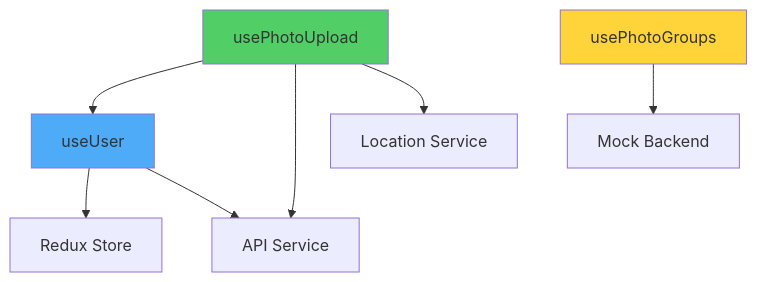
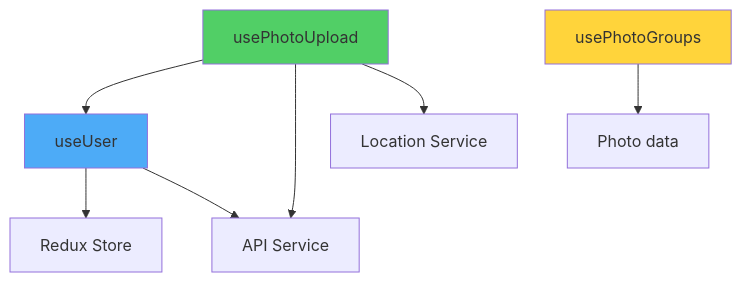
The ninth of 13 diagrams in frontend/docs/IMPLEMENTATION.md (Lxkasmehl/TurtleProject), drawn with Mermaid before and after one commit. The commit also changed other lines of this file and 13 other files, not shown here.

Commit message:
refactor(frontend): remove mockBackend, require location permission before using GPS

````diff
--- a/frontend/docs/IMPLEMENTATION.md
+++ b/frontend/docs/IMPLEMENTATION.md
@@ -394,15 +394,15 @@
 ```mermaid
 graph TD
     A[useUser] --> B[Redux Store]
     A --> C[API Service]
     
     D[usePhotoUpload] --> A
     D --> C
     D --> E[Location Service]
     
-    F[usePhotoGroups] --> G[Mock Backend]
+    F[usePhotoGroups] --> G[Photo data]
     
     style A fill:#4dabf7
     style D fill:#51cf66
     style F fill:#ffd43b
 ```
````
